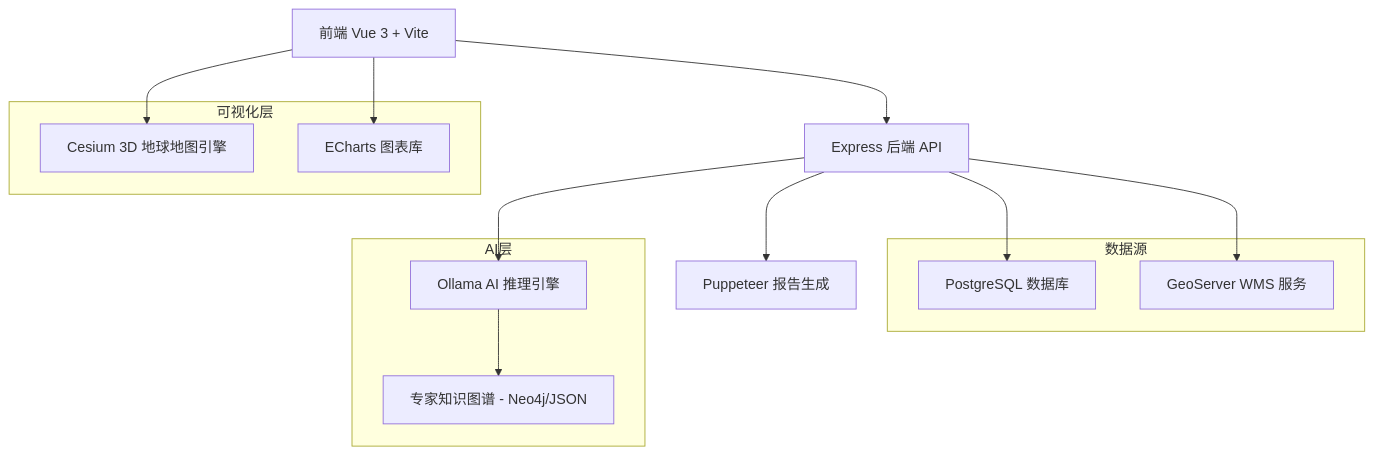
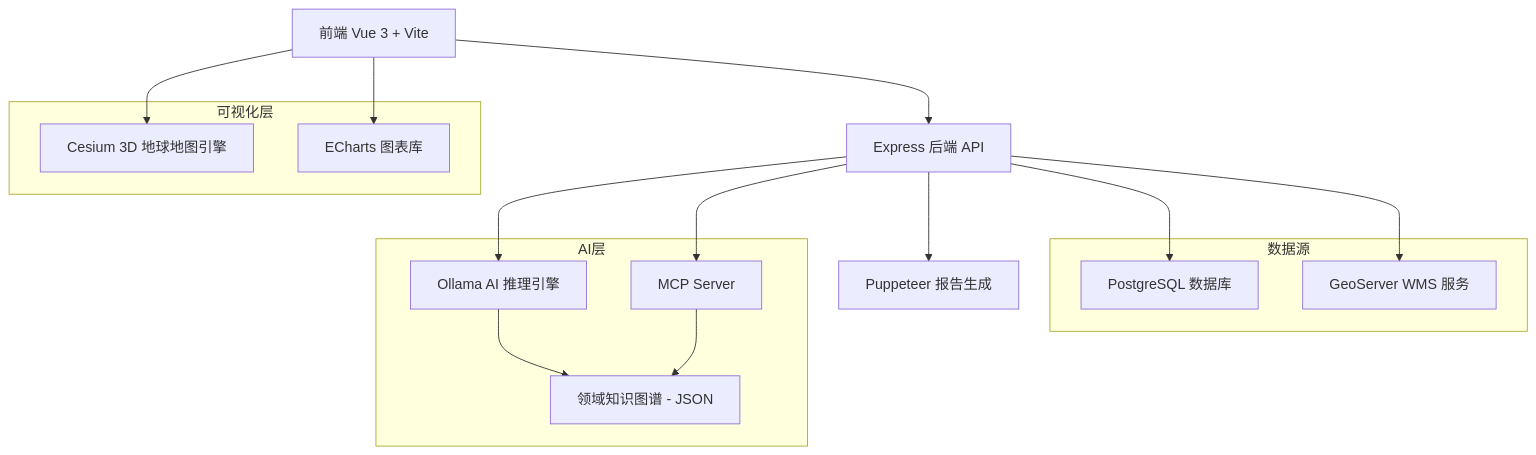
Before and after one commit to Regenerate334/www.yunnanlucc.xyz: the first of 2 diagrams in README.md, drawn with Mermaid. The commit also changed other lines of this file, not shown here.

````diff
--- a/README.md
+++ b/README.md
@@ -36,26 +38,29 @@
 ```mermaid
 graph TB
     A[前端 Vue 3 + Vite] --> B[Express 后端 API]
     B --> C[PostgreSQL 数据库]
     A --> D[Cesium 3D 地球地图引擎]
     A --> E[ECharts 图表库]
     B --> F[GeoServer WMS 服务]
     B --> G[Ollama AI 推理引擎]
-    G --> H[专家知识图谱 - Neo4j/JSON]
+    G --> H[领域知识图谱 - JSON]
     B --> I[Puppeteer 报告生成]
+    B --> J[MCP Server]
+    J --> H
     
     subgraph 数据源
         C
         F
     end
     
     subgraph 可视化层
         D
         E
     end
     
     subgraph AI层
         G
         H
+        J
     end
 ```
````
